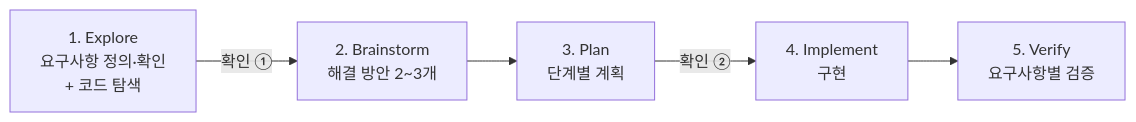
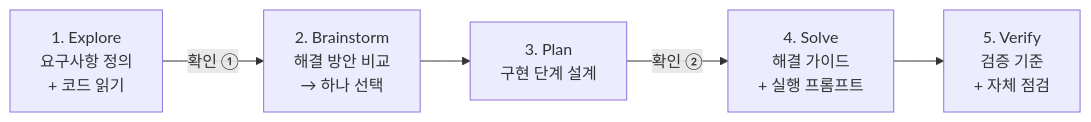
The diagram in README.md (SungSeokMin/spec-solved), drawn with Mermaid before and after one commit. The commit also changed other lines of this file and 4 other files, not shown here.

````diff
--- a/README.md
+++ b/README.md
@@ -111,7 +118,7 @@
 ```mermaid
 flowchart LR
-    A["1. Explore<br/>요구사항 정의·확인<br/>+ 코드 탐색"] -->|"확인 ①"| B["2. Brainstorm<br/>해결 방안 2~3개"]
-    B --> C["3. Plan<br/>단계별 계획"]
-    C -->|"확인 ②"| D["4. Implement<br/>구현"]
-    D --> E["5. Verify<br/>요구사항별 검증"]
+    A["1. Explore<br/>요구사항 정의<br/>+ 코드 읽기"] -->|"확인 ①"| B["2. Brainstorm<br/>해결 방안 비교<br/>→ 하나 선택"]
+    B --> C["3. Plan<br/>구현 단계 설계"]
+    C -->|"확인 ②"| D["4. Solve<br/>해결 가이드<br/>+ 실행 프롬프트"]
+    D --> E["5. Verify<br/>검증 기준<br/>+ 자체 점검"]
 ```
````
